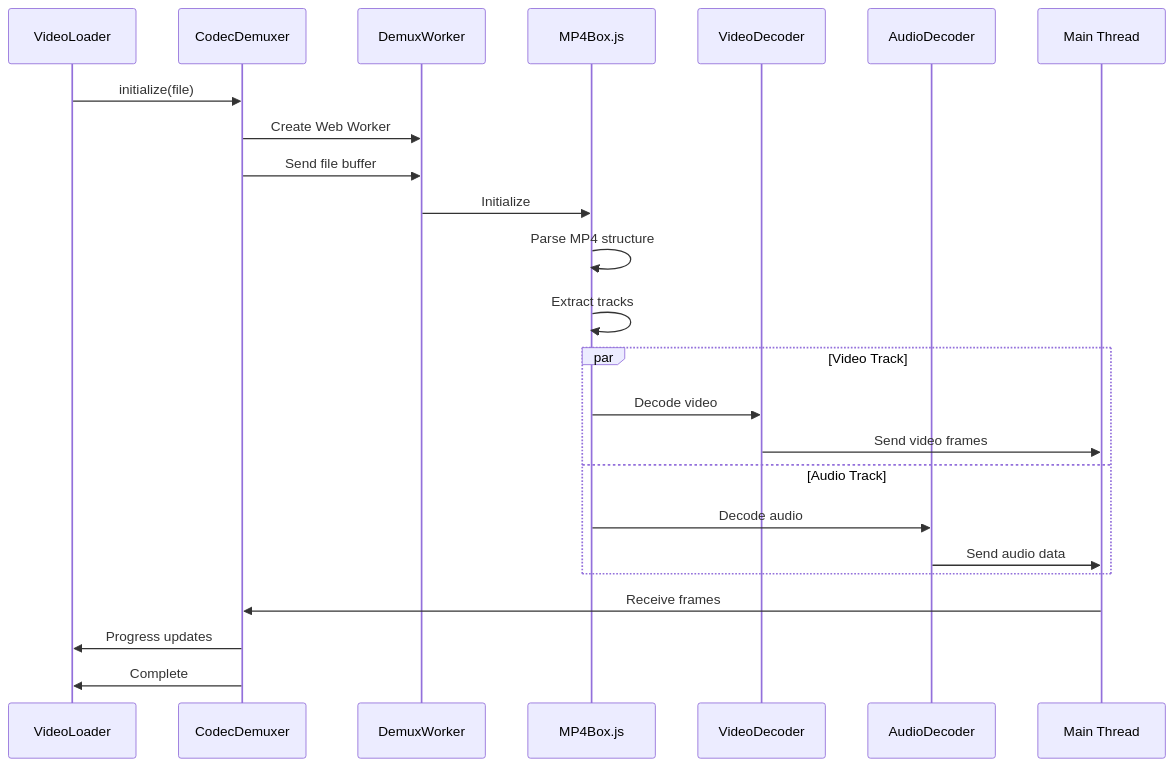
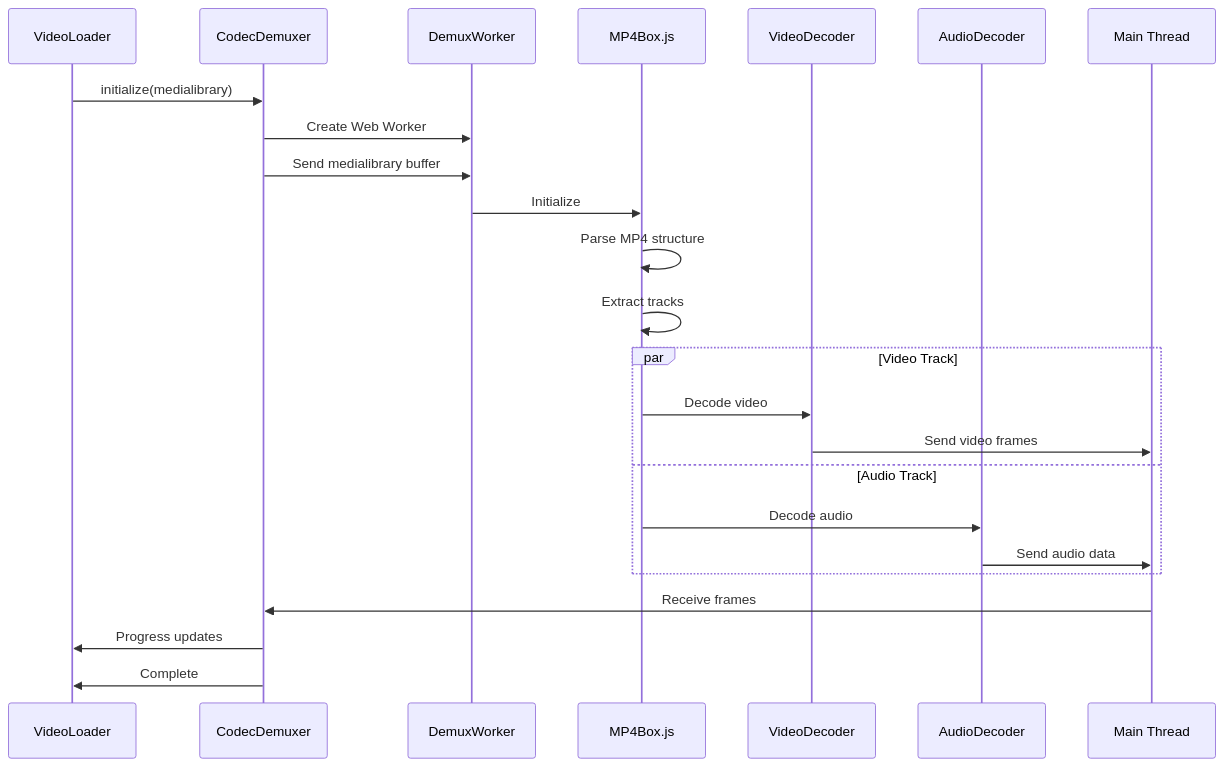
The fourth of 9 diagrams in docs/architecture/04-video-pipeline.md (apssouza22/web-video-edit), drawn with Mermaid before and after one commit. The commit also changed other lines of this file and 17 other files, not shown here.

````diff
--- a/docs/architecture/04-video-pipeline.md
+++ b/docs/architecture/04-video-pipeline.md
@@ -175,30 +175,30 @@
 ```mermaid
 sequenceDiagram
     participant Loader as VideoLoader
     participant Demux as CodecDemuxer
     participant Worker as DemuxWorker
     participant MP4Box as MP4Box.js
     participant VideoDecoder
     participant AudioDecoder
     participant Main as Main Thread
 
-    Loader->>Demux: initialize(file)
+    Loader->>Demux: initialize(medialibrary)
     Demux->>Worker: Create Web Worker
-    Demux->>Worker: Send file buffer
+    Demux->>Worker: Send medialibrary buffer
     
     Worker->>MP4Box: Initialize
     MP4Box->>MP4Box: Parse MP4 structure
     MP4Box->>MP4Box: Extract tracks
     
     par Video Track
         MP4Box->>VideoDecoder: Decode video
         VideoDecoder->>Main: Send video frames
     and Audio Track
         MP4Box->>AudioDecoder: Decode audio
         AudioDecoder->>Main: Send audio data
     end
     
     Main->>Demux: Receive frames
     Demux->>Loader: Progress updates
     Demux->>Loader: Complete
 ```
````
